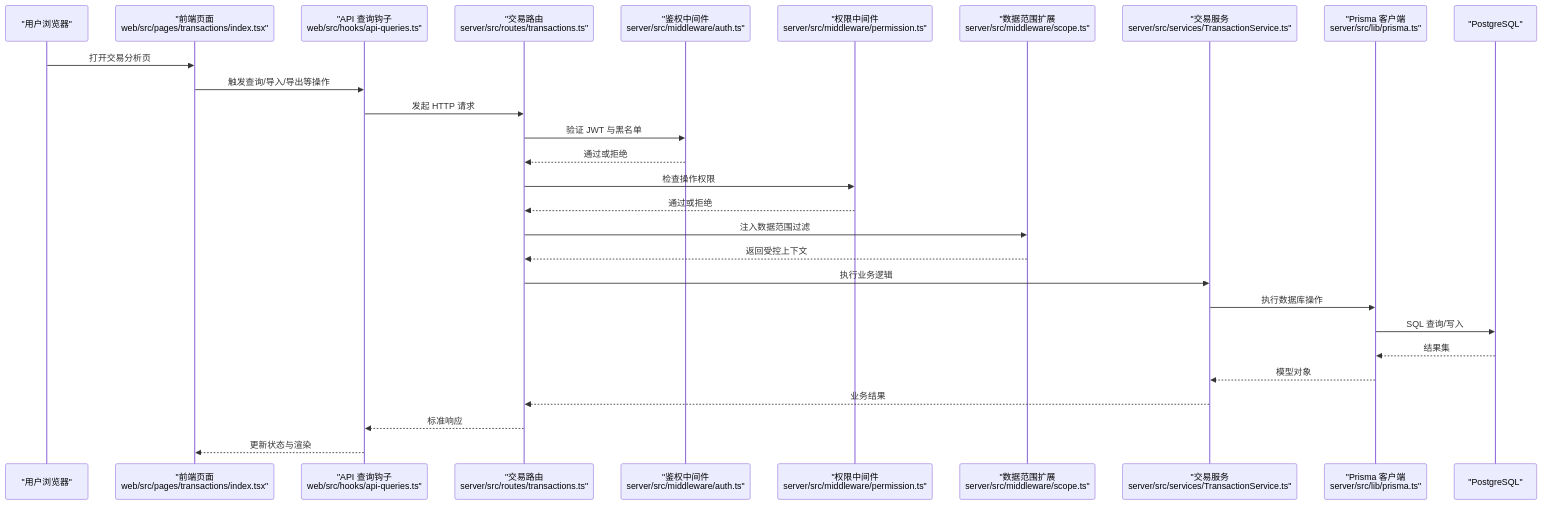
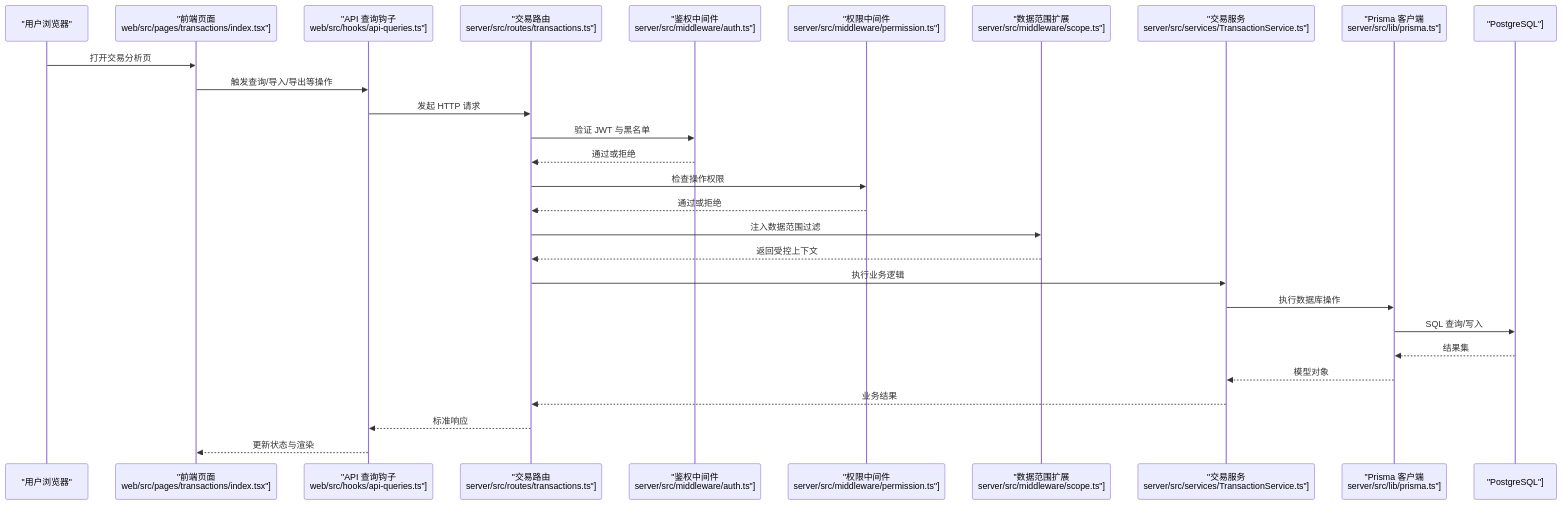
One commit to Damao997/newproject changed the second of 8 diagrams in .qoder/repowiki/zh/content/核心模块/交易分析模块.md. Above: the diagram before and after it, drawn with Mermaid. The commit also changed other lines of this file and 7 other files, not shown here.

````diff
--- a/.qoder/repowiki/zh/content/核心模块/交易分析模块.md
+++ b/.qoder/repowiki/zh/content/核心模块/交易分析模块.md
@@ -100,30 +112,30 @@
 ```mermaid
 sequenceDiagram
 participant U as "用户浏览器"
-participant FE as "前端页面<br/>web/src/pages/transactions/index.tsx"
-participant H as "API 查询钩子<br/>web/src/hooks/api-queries.ts"
-participant R as "交易路由<br/>server/src/routes/transactions.ts"
-participant A as "鉴权中间件<br/>server/src/middleware/auth.ts"
-participant P as "权限中间件<br/>server/src/middleware/permission.ts"
-participant S as "数据范围扩展<br/>server/src/middleware/scope.ts"
-participant SVC as "交易服务<br/>server/src/services/TransactionService.ts"
-participant PR as "Prisma 客户端<br/>server/src/lib/prisma.ts"
-participant DB as "PostgreSQL"
+participant FE as "前端页面<br/>web/src/pages/transactions/index.tsx"]
+participant H as "API 查询钩子<br/>web/src/hooks/api-queries.ts"]
+participant R as "交易路由<br/>server/src/routes/transactions.ts"]
+participant A as "鉴权中间件<br/>server/src/middleware/auth.ts"]
+participant P as "权限中间件<br/>server/src/middleware/permission.ts"]
+participant S as "数据范围扩展<br/>server/src/middleware/scope.ts"]
+participant SVC as "交易服务<br/>server/src/services/TransactionService.ts"]
+participant PR as "Prisma 客户端<br/>server/src/lib/prisma.ts"]
+participant DB as "PostgreSQL"]
 U->>FE : 打开交易分析页
 FE->>H : 触发查询/导入/导出等操作
 H->>R : 发起 HTTP 请求
 R->>A : 验证 JWT 与黑名单
 A-->>R : 通过或拒绝
 R->>P : 检查操作权限
 P-->>R : 通过或拒绝
 R->>S : 注入数据范围过滤
 S-->>R : 返回受控上下文
 R->>SVC : 执行业务逻辑
 SVC->>PR : 执行数据库操作
 PR->>DB : SQL 查询/写入
 DB-->>PR : 结果集
 PR-->>SVC : 模型对象
 SVC-->>R : 业务结果
 R-->>H : 标准响应
 H-->>FE : 更新状态与渲染
 ```
````
